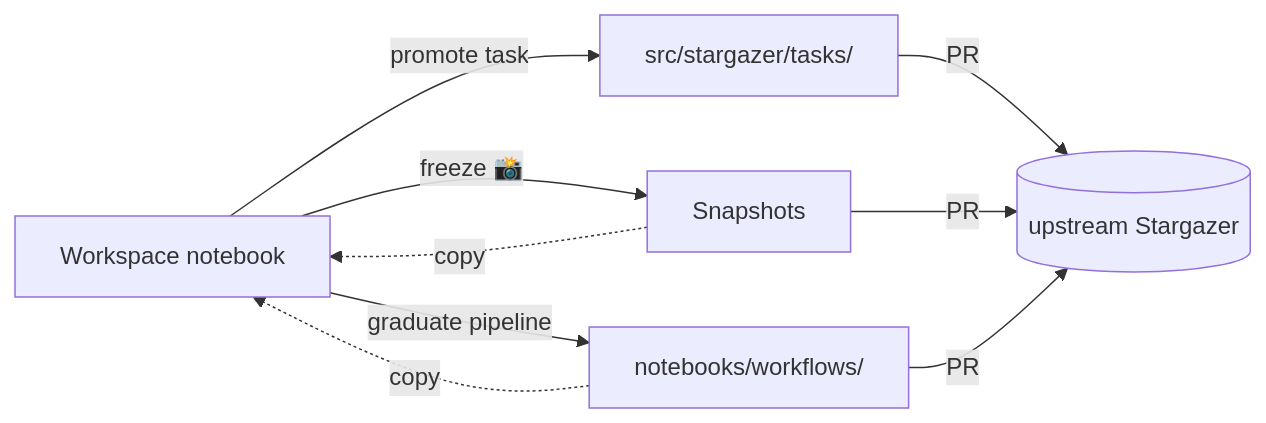
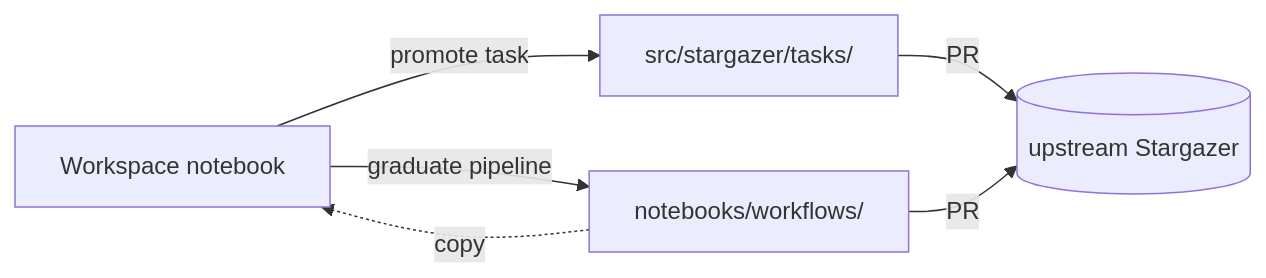
One commit to StargazerBio/stargazer changed the first of 2 diagrams in docs/architecture/notebook.md. Above: the diagram before and after it, drawn with Mermaid. The commit also changed other lines of this file and 7 other files, not shown here.

````diff
--- a/docs/architecture/notebook.md
+++ b/docs/architecture/notebook.md
@@ -45,11 +44,8 @@
 ```mermaid
 flowchart LR
     W[Workspace notebook] -->|promote task| T[src/stargazer/tasks/]
-    W -->|freeze 📸| S[Snapshots]
     W -->|graduate pipeline| P[notebooks/workflows/]
-    S -.->|copy| W
     P -.->|copy| W
     T -->|PR| U[(upstream Stargazer)]
-    S -->|PR| U
     P -->|PR| U
 ```
````
